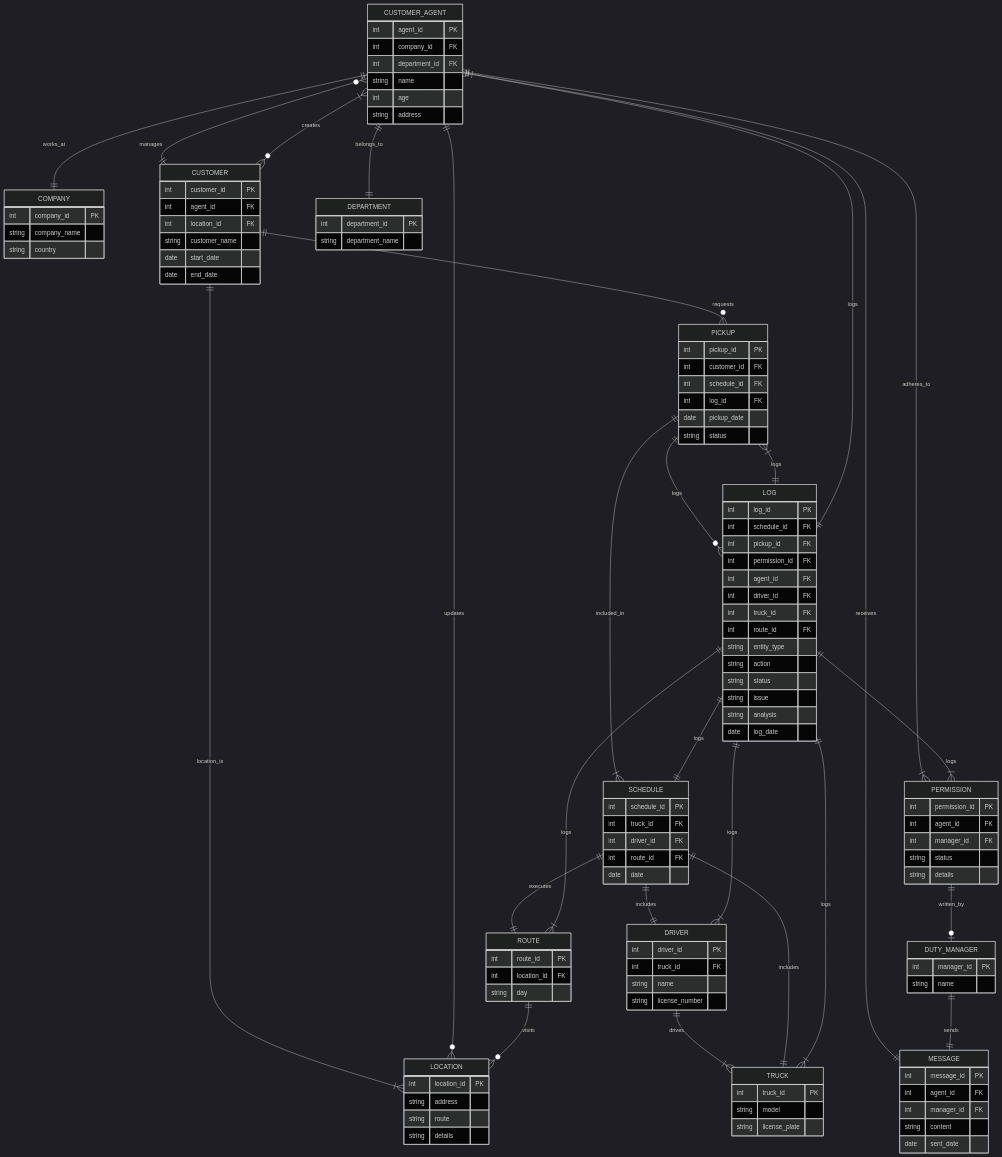
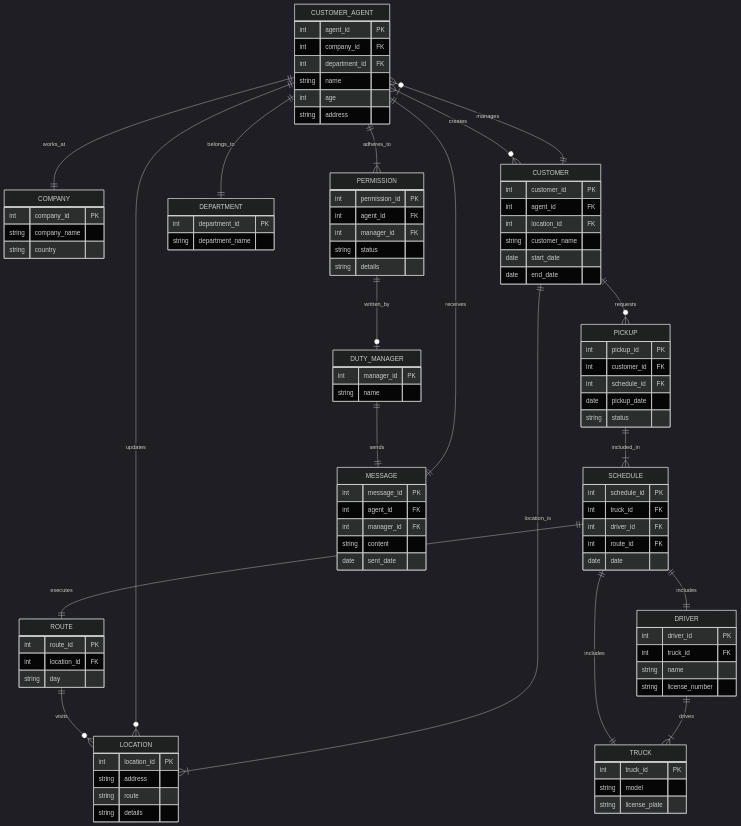
One commit to denoland/std changed the diagram in agents/hamr.md. Above: the diagram before and after it, drawn with Mermaid (dark theme). The commit also changed other lines of this file, not shown here.

````diff
--- a/agents/hamr.md
+++ b/agents/hamr.md
@@ -84,7 +88,6 @@
     int pickup_id PK
     int customer_id FK
     int schedule_id FK
-    int log_id FK
     date pickup_date
     string status
 }
@@ -103,23 +106,6 @@
     int manager_id FK
     string status
     string details
-}
-
-LOG {
-    int log_id PK
-    int schedule_id FK
-    int pickup_id FK
-    int permission_id FK
-    int agent_id FK
-    int driver_id FK
-    int truck_id FK
-    int route_id FK
-    string entity_type
-    string action
-    string status
-    string issue
-    string analysis
-    date log_date
 }
 
 DUTY_MANAGER {
@@ -150,14 +136,6 @@
 PICKUP ||--|{ SCHEDULE : "included_in"
 CUSTOMER_AGENT ||--|{ PERMISSION : "adheres_to"
 PERMISSION ||--o| DUTY_MANAGER : "written_by"
-PICKUP ||--o{ LOG : "logs"
-LOG ||--|| SCHEDULE : "logs"
-LOG ||--|{ PICKUP : "logs"
-LOG ||--|{ PERMISSION : "logs"
-LOG ||--|{ CUSTOMER_AGENT : "logs"
-LOG ||--|{ DRIVER : "logs"
-LOG ||--|{ TRUCK : "logs"
-LOG ||--|{ ROUTE : "logs"
 CUSTOMER_AGENT ||--|| MESSAGE : "receives"
 DUTY_MANAGER ||--|| MESSAGE : "sends"
 ```
````
